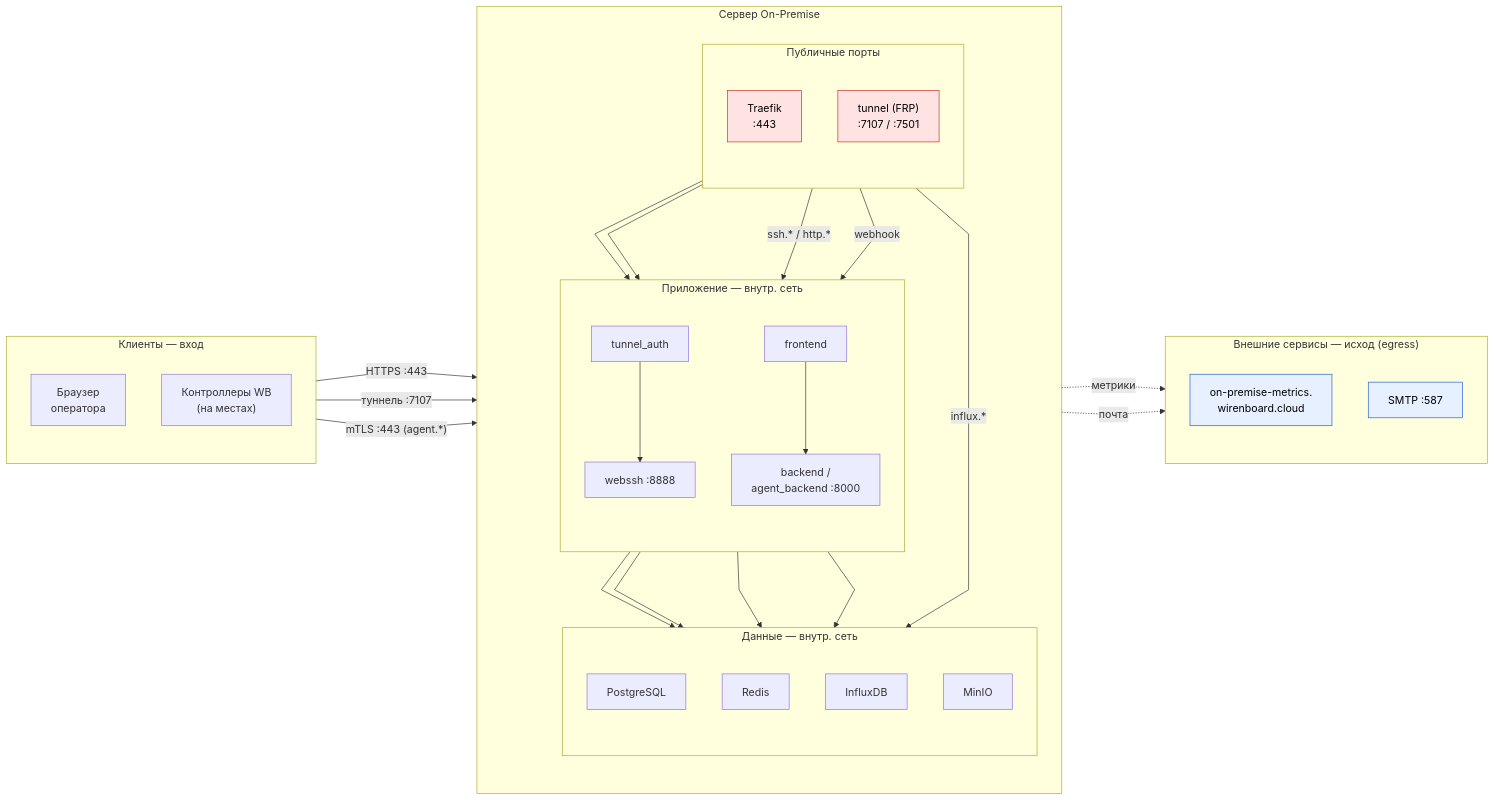
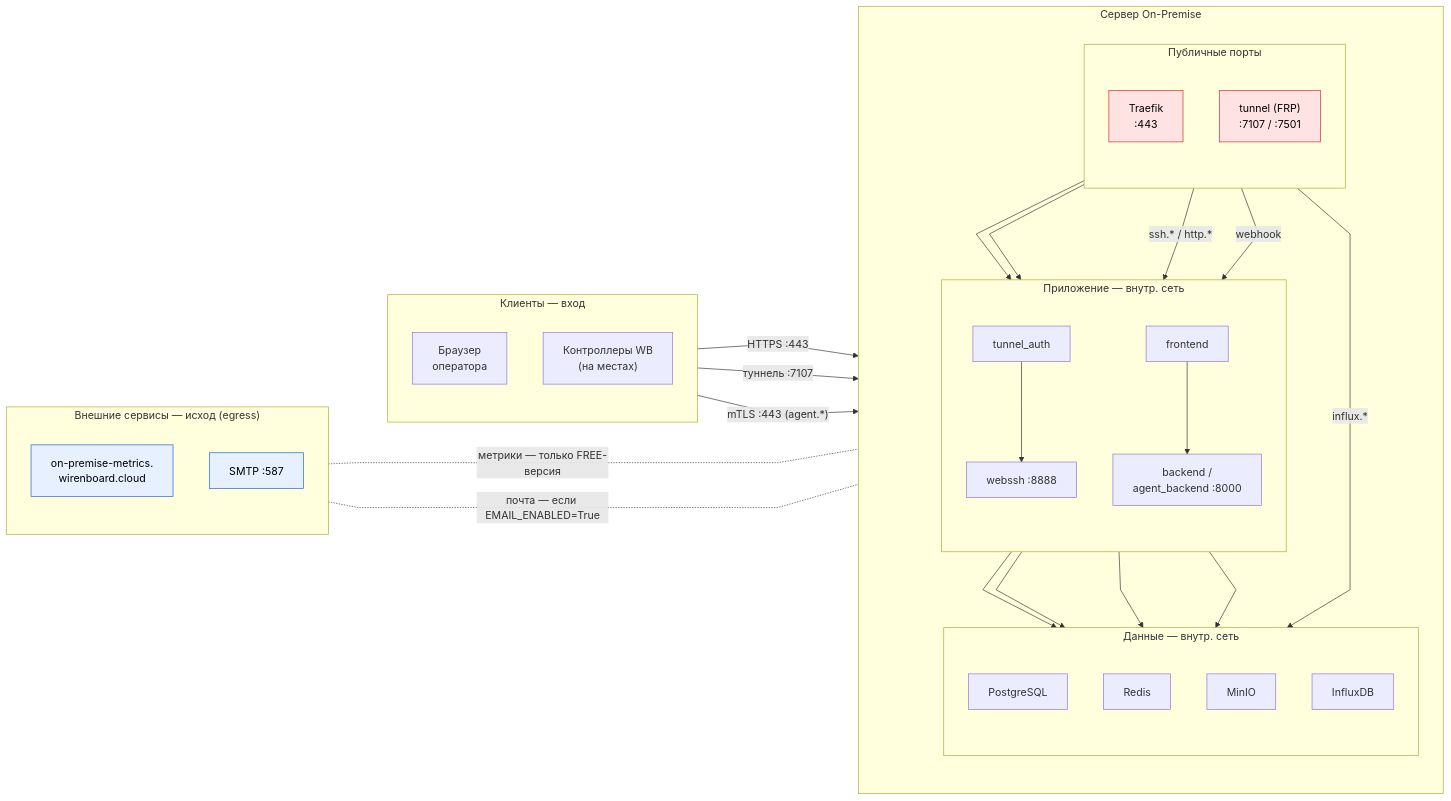
One commit to wirenboard/cloud-on-premise changed the diagram in doc/SECURITY_NETWORK.md. Above: the diagram before and after it, drawn with Mermaid. The commit also changed other lines of this file and 1 other file, not shown here.

Commit message:
docs: bilingual network map + diagram fixes (egress placement, conditional email/metrics)

````diff
--- a/doc/SECURITY_NETWORK.md
+++ b/doc/SECURITY_NETWORK.md
@@ -54,60 +56,64 @@
 ```mermaid
 %%{init: {"flowchart": {"curve": "linear", "nodeSpacing": 55, "rankSpacing": 90}} }%%
 flowchart LR
+    subgraph ext["Внешние сервисы — исход (egress)"]
+        direction TB
+        wbcloud["on-premise-metrics.<br/>wirenboard.cloud"]
+        smtp["SMTP :587"]
+    end
+
     subgraph clients["Клиенты — вход"]
         direction TB
         browser["Браузер<br/>оператора"]
         ctrl["Контроллеры WB<br/>(на местах)"]
     end
 
     subgraph host["Сервер On-Premise"]
         direction TB
         subgraph edge["Публичные порты"]
             direction TB
             traefik["Traefik<br/>:443"]
             tunnel["tunnel (FRP)<br/>:7107 / :7501"]
         end
         subgraph app["Приложение — внутр. сеть"]
             direction TB
             frontend["frontend"]
             backend["backend /<br/>agent_backend :8000"]
             tunnel_auth["tunnel_auth"]
             webssh["webssh :8888"]
         end
         subgraph data["Данные — внутр. сеть"]
             direction TB
             pg["PostgreSQL"]
             redis["Redis"]
+            minio["MinIO"]
             influx["InfluxDB"]
-            minio["MinIO"]
         end
     end
 
-    subgraph ext["Внешние сервисы — исход (egress)"]
-        direction TB
-        wbcloud["on-premise-metrics.<br/>wirenboard.cloud"]
-        smtp["SMTP :587"]
-    end
+    %% невидимые якоря: egress-блок слева, над блоком клиентов
+    wbcloud ~~~ browser
+    smtp ~~~ ctrl
 
     browser -->|"HTTPS :443"| traefik
     ctrl -->|"туннель :7107"| tunnel
     ctrl -->|"mTLS :443 (agent.*)"| traefik
     traefik --> frontend
     traefik --> backend
     traefik -->|"influx.*"| influx
     traefik -->|"ssh.* / http.*"| tunnel_auth
     tunnel_auth --> webssh
     frontend --> backend
     tunnel -->|webhook| backend
     backend --> pg
     backend --> redis
+    backend --> minio
     backend --> influx
-    backend --> minio
-    backend -.->|метрики| wbcloud
-    backend -.->|почта| smtp
+    wbcloud <-.-|"метрики — только FREE-версия"| backend
+    smtp <-.-|"почта — если EMAIL_ENABLED=True"| backend
 
     classDef pub fill:#ffe3e3,stroke:#c92a2a,color:#000;
     classDef extn fill:#e7f0ff,stroke:#1c5fd6,color:#000;
     class traefik,tunnel pub;
     class wbcloud,smtp extn;
 ```
````
